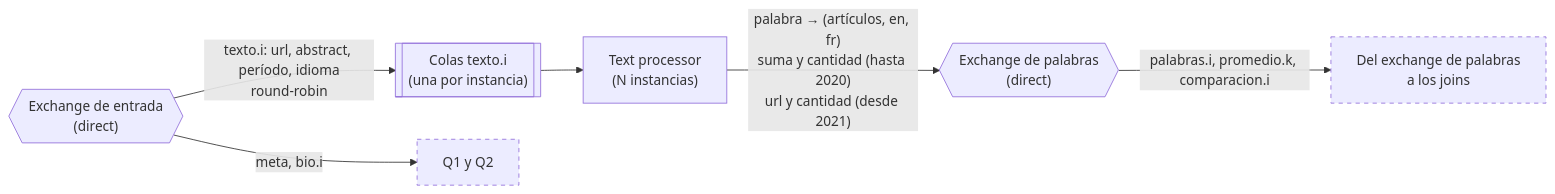
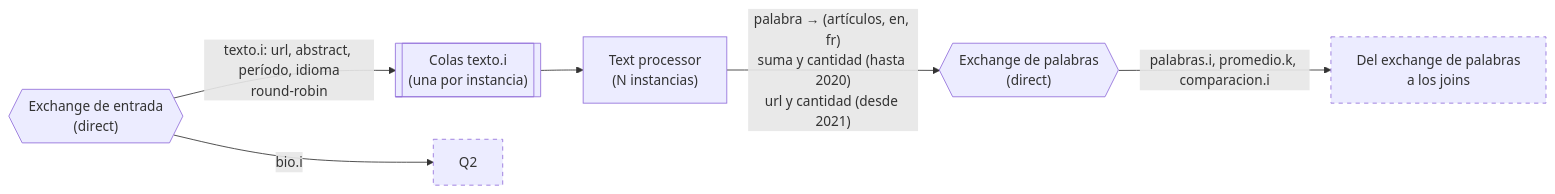
Before and after one commit to Cristobal710/tp-final-distribuidos: the eighth of 14 diagrams in diagramas/README.md, drawn with Mermaid. The commit also changed other lines of this file, not shown here.

````diff
--- a/diagramas/README.md
+++ b/diagramas/README.md
@@ -405,13 +356,13 @@
 ```mermaid
 flowchart LR
     EXE{{"Exchange de entrada<br/>(direct)"}}
     EXE -- "texto.i: url, abstract, período, idioma<br/>round-robin" --> QTX[["Colas texto.i<br/>(una por instancia)"]]
-    EXE -- "meta, bio.i" --> OTRAS["Q1 y Q2"]
+    EXE -- "bio.i" --> OTRAS["Q2"]
 
     QTX --> TP["Text processor<br/>(N instancias)"]
     TP -- "palabra → (artículos, en, fr)<br/>suma y cantidad (hasta 2020)<br/>url y cantidad (desde 2021)" --> EXP{{"Exchange de palabras<br/>(direct)"}}
     EXP -- "palabras.i, promedio.k, comparacion.i" --> SIG["Del exchange de palabras<br/>a los joins"]
 
     classDef resto stroke-dasharray: 5 5
     class OTRAS,SIG resto
 ```
````
